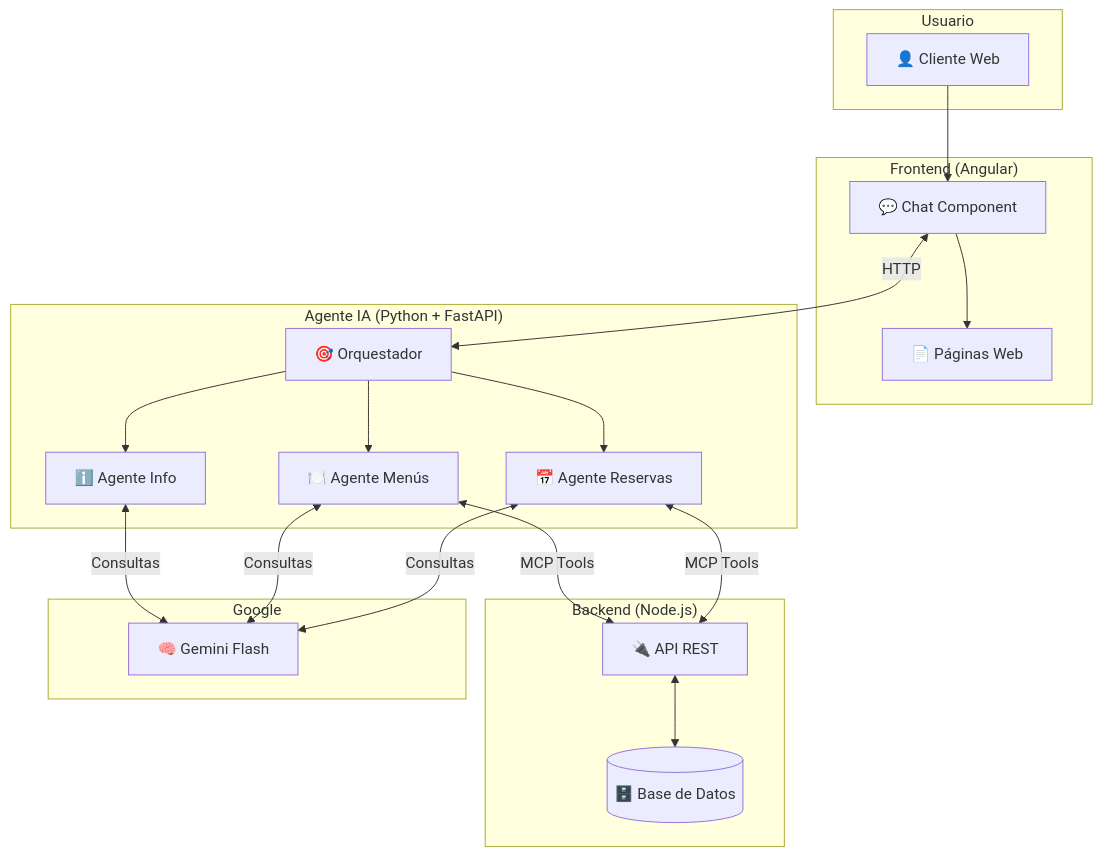
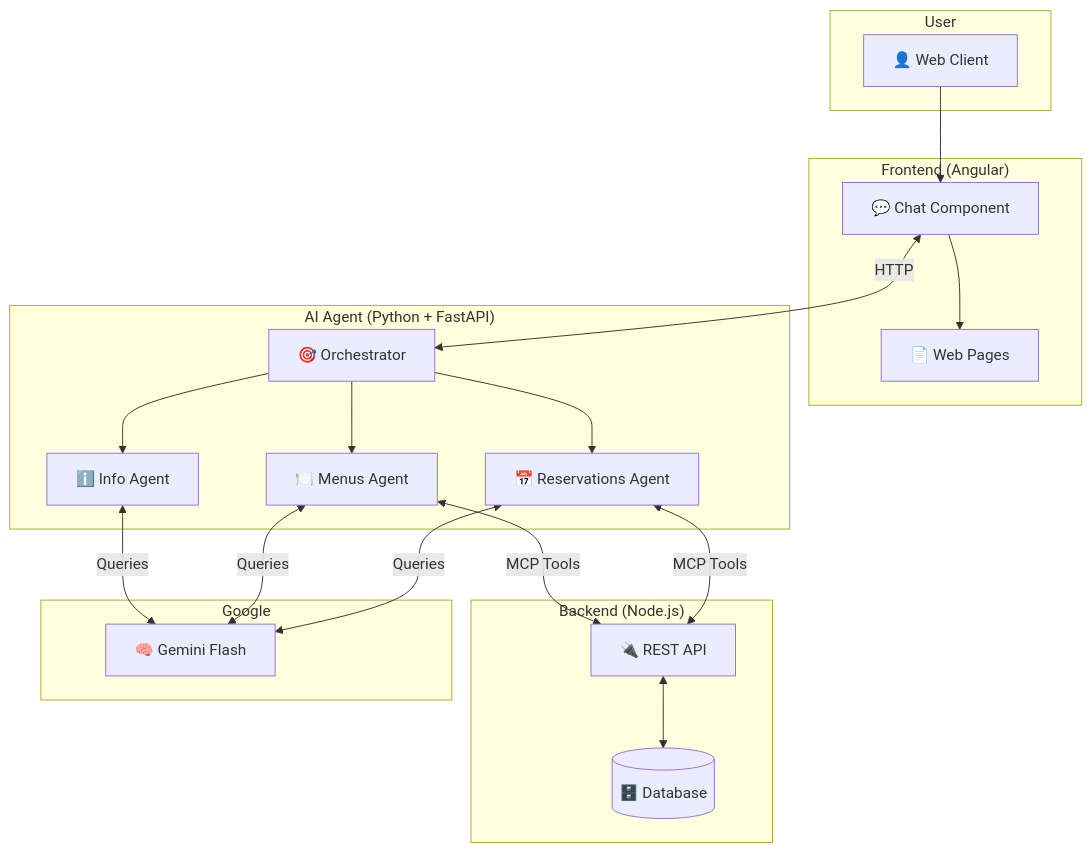
The first of 2 diagrams in CAPSTONE_PROJECT.md (AxoneDesktop/Proyecto-4-Un-asistente-para-la-empresa-Agente), drawn with Mermaid before and after one commit. The commit also changed other lines of this file and 19 other files, not shown here.

````diff
--- a/CAPSTONE_PROJECT.md
+++ b/CAPSTONE_PROJECT.md
@@ -75,35 +75,35 @@
 ```mermaid
 flowchart TB
-    subgraph Usuario
-        A[👤 Cliente Web]
+    subgraph User
+        A[👤 Web Client]
     end
     
     subgraph Frontend["Frontend (Angular)"]
         B[💬 Chat Component]
-        C[📄 Páginas Web]
+        C[📄 Web Pages]
     end
     
-    subgraph Agente["Agente IA (Python + FastAPI)"]
-        D[🎯 Orquestador]
-        E[📅 Agente Reservas]
-        F[🍽️ Agente Menús]
-        G[ℹ️ Agente Info]
+    subgraph Agent["AI Agent (Python + FastAPI)"]
+        D[🎯 Orchestrator]
+        E[📅 Reservations Agent]
+        F[🍽️ Menus Agent]
+        G[ℹ️ Info Agent]
     end
     
     subgraph Backend["Backend (Node.js)"]
-        H[🔌 API REST]
-        I[(🗄️ Base de Datos)]
+        H[🔌 REST API]
+        I[(🗄️ Database)]
     end
     
     subgraph Google
         J[🧠 Gemini Flash]
     end
     
     A --> B
     B --> C
     B <-->|HTTP| D
     D --> E & F & G
-    E & F & G <-->|Consultas| J
+    E & F & G <-->|Queries| J
     E & F <-->|MCP Tools| H
     H <--> I
 ```
````
